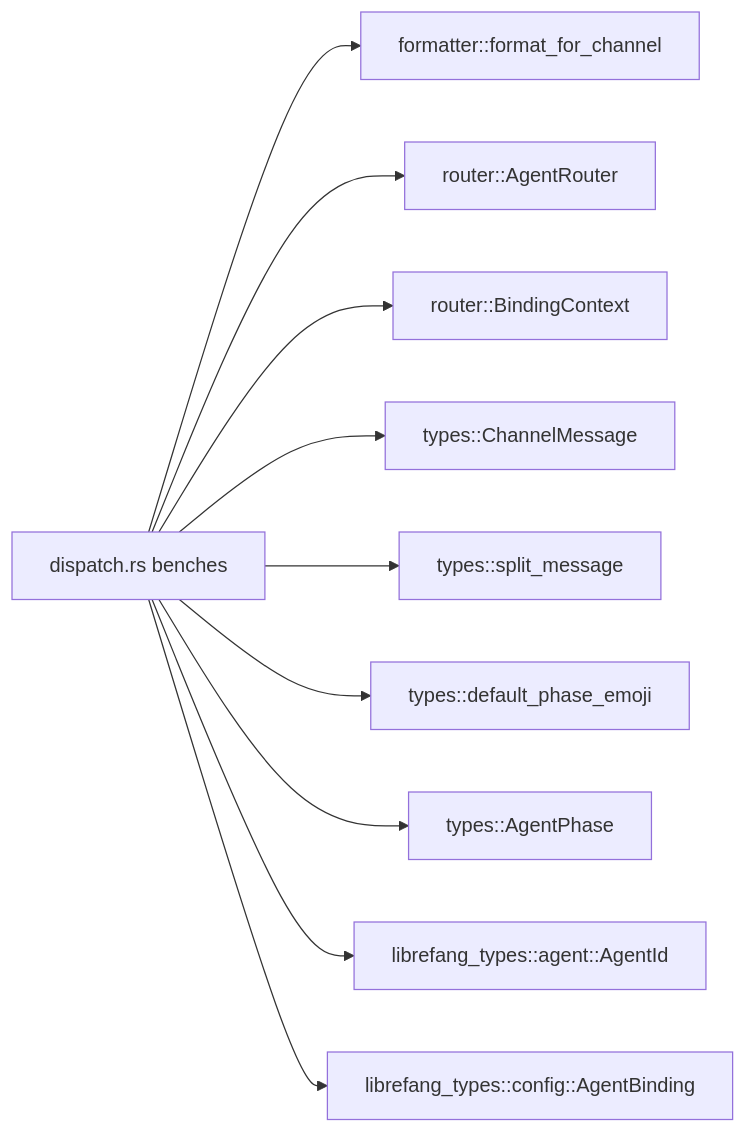
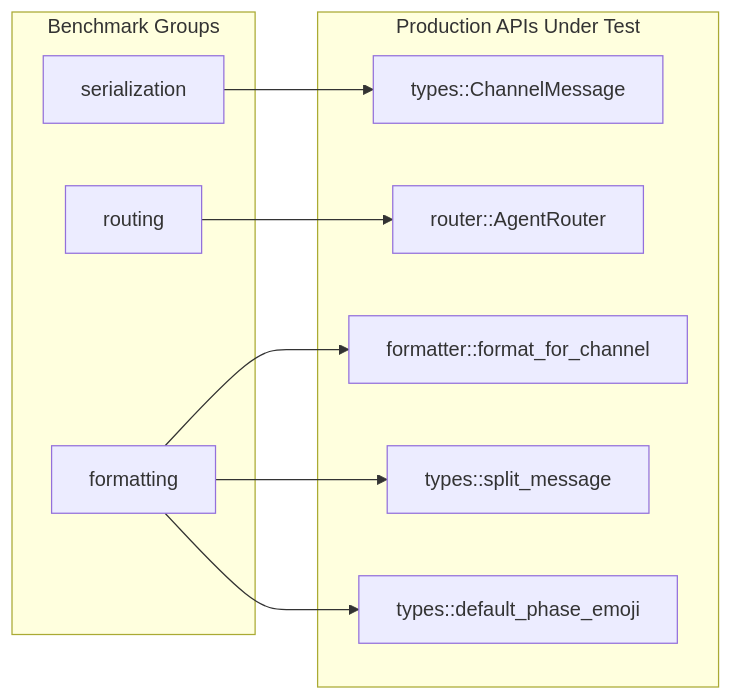
The diagram in other-librefang-channels-benches.md (leszek3737/librefang-WIki), drawn with Mermaid before and after one commit. The commit also changed other lines of this file and 126 other files, not shown here.

````diff
--- a/other-librefang-channels-benches.md
+++ b/other-librefang-channels-benches.md
@@ -103,12 +31,20 @@
 ```mermaid
 graph LR
-    B[dispatch.rs benches] --> F[formatter::format_for_channel]
-    B --> R[router::AgentRouter]
-    B --> R2[router::BindingContext]
-    B --> T[types::ChannelMessage]
-    B --> T2[types::split_message]
-    B --> T3[types::default_phase_emoji]
-    B --> T4[types::AgentPhase]
-    B --> C[librefang_types::agent::AgentId]
-    B --> C2[librefang_types::config::AgentBinding]
+    subgraph "Benchmark Groups"
+        S[serialization]
+        R[routing]
+        F[formatting]
+    end
+    subgraph "Production APIs Under Test"
+        T[types::ChannelMessage]
+        RR[router::AgentRouter]
+        FF[formatter::format_for_channel]
+        TS[types::split_message]
+        TE[types::default_phase_emoji]
+    end
+    S --> T
+    R --> RR
+    F --> FF
+    F --> TS
+    F --> TE
 ```
````
